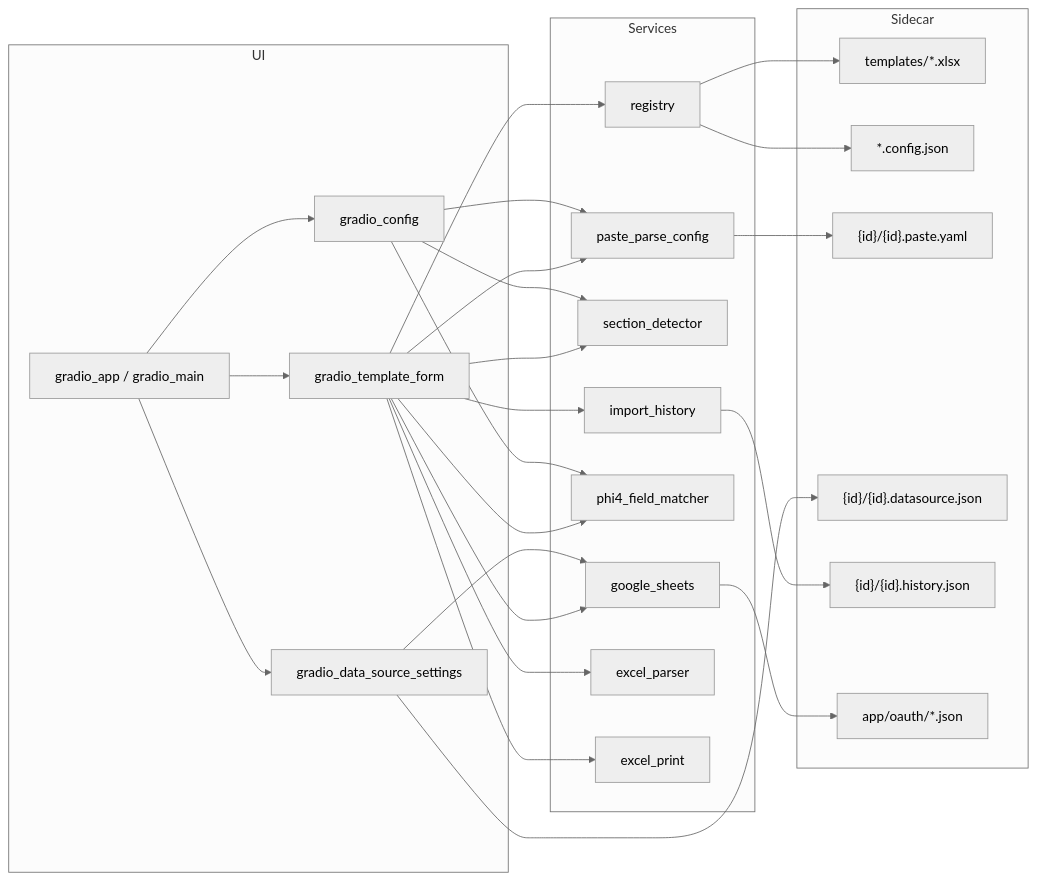
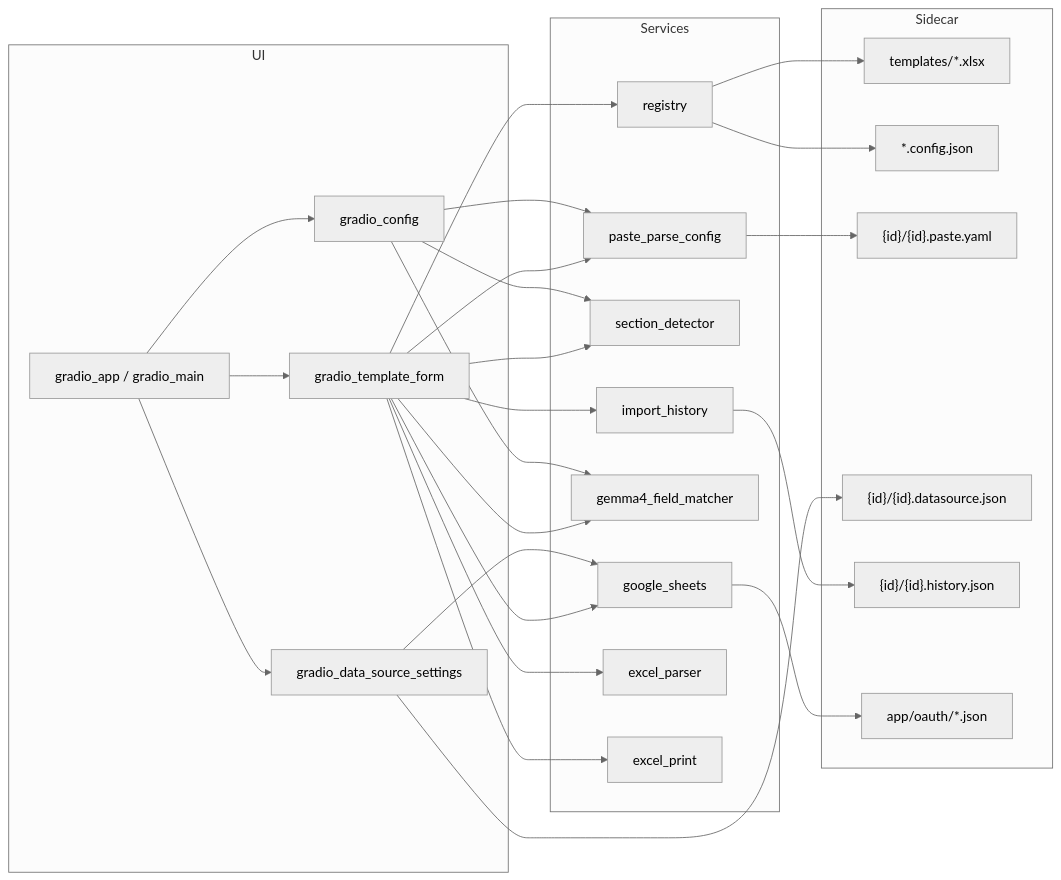
Before and after one commit to gostnort/excel-template-viz: the diagram in plans/CODEGRAPH_OVERVIEW.md, drawn with Mermaid (neutral theme). The commit also changed other lines of this file and 10 other files, not shown here.

````diff
--- a/plans/CODEGRAPH_OVERVIEW.md
+++ b/plans/CODEGRAPH_OVERVIEW.md
@@ -125,48 +125,48 @@
 ```mermaid
 flowchart LR
     subgraph UI
         A[gradio_app / gradio_main]
         F[gradio_template_form]
         D[gradio_data_source_settings]
         C[gradio_config]
     end
     subgraph Sidecar
         T["templates/*.xlsx"]
         J["*.config.json"]
         Y["{id}/{id}.paste.yaml"]
         DS["{id}/{id}.datasource.json"]
         H["{id}/{id}.history.json"]
         O["app/oauth/*.json"]
     end
     subgraph Services
         R[registry]
         PPC[paste_parse_config]
         SD[section_detector]
         IH[import_history]
-        P4[phi4_field_matcher]
+        G4[gemma4_field_matcher]
         GS[google_sheets]
         EP[excel_parser]
         EX[excel_print]
     end
     A --> F
     A --> D
     A --> C
     F --> R
     F --> PPC
     F --> SD
     F --> IH
-    F --> P4
+    F --> G4
     F --> GS
     F --> EP
     F --> EX
     C --> PPC
-    C --> P4
+    C --> G4
     C --> SD
     D --> GS
     R --> T
     R --> J
     PPC --> Y
     IH --> H
     D --> DS
     GS --> O
 ```
````
